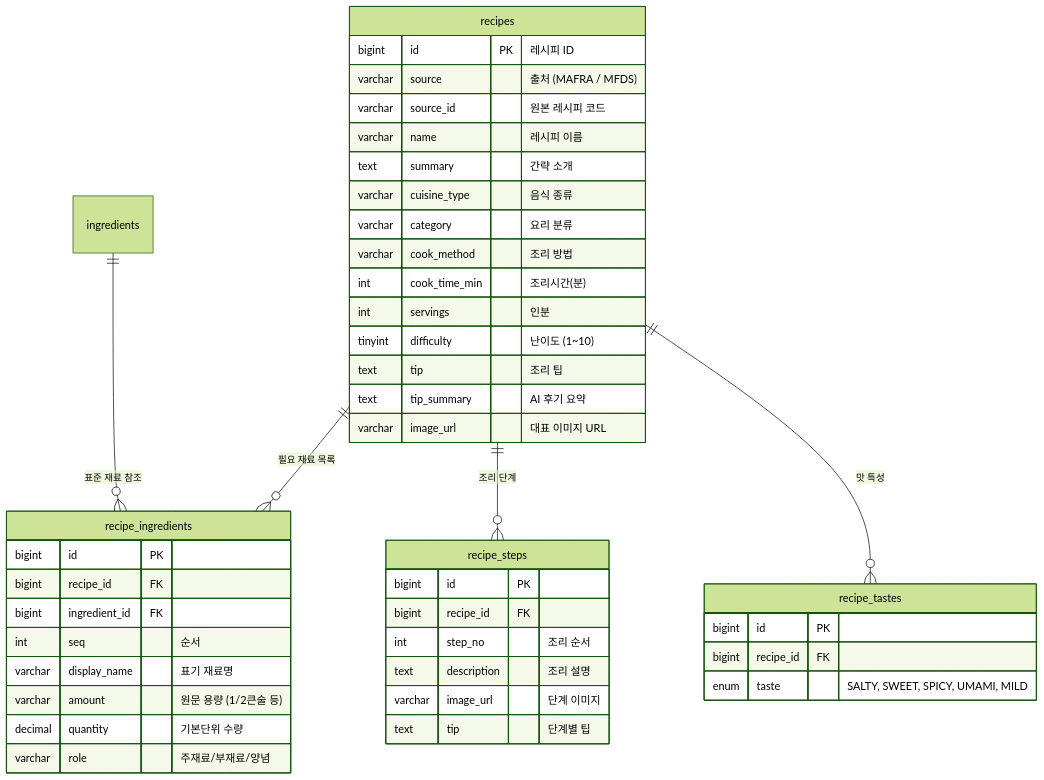
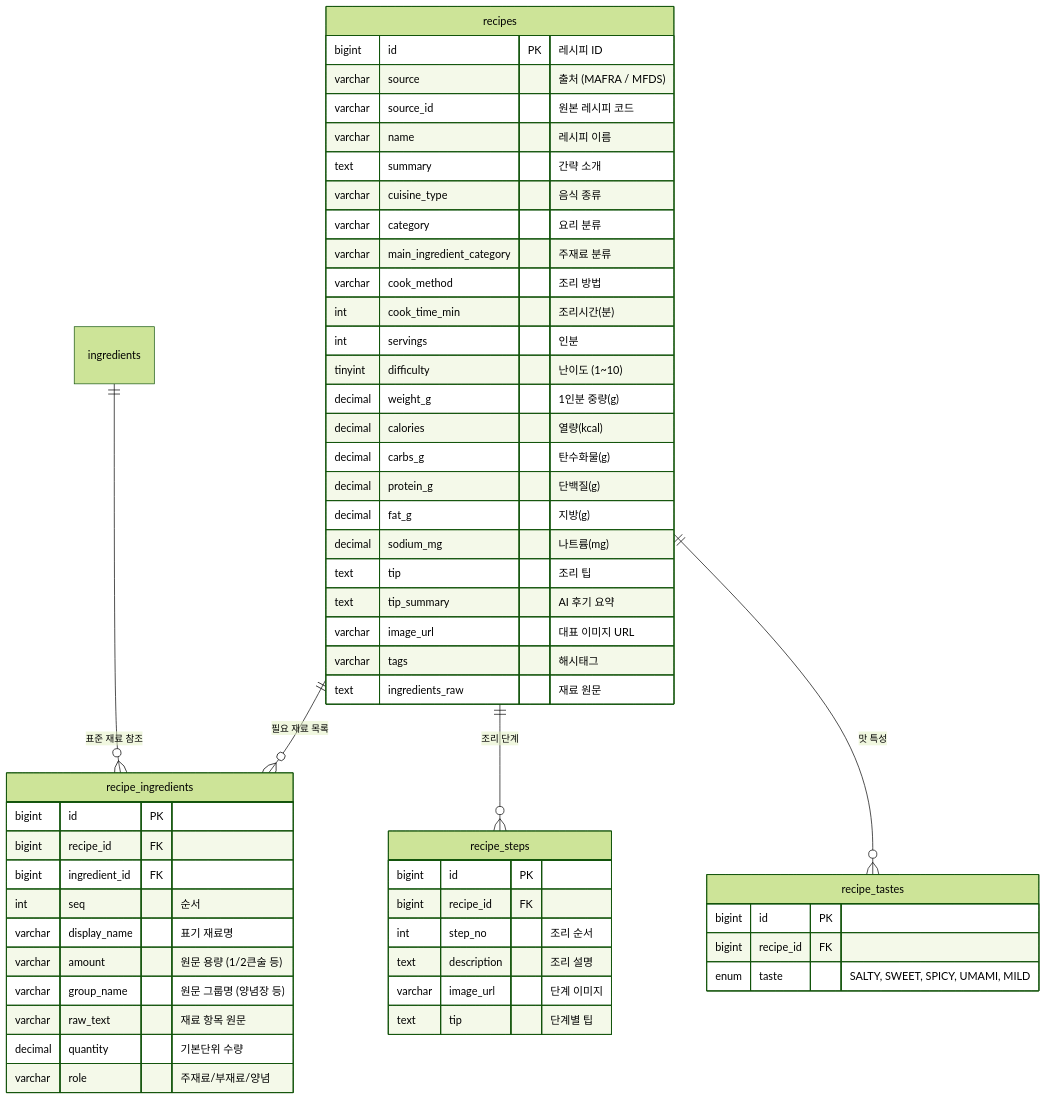
The fourth of 11 diagrams in docs/database/erd.md (sparta-final-4/take-care-of-my-fridge), drawn with Mermaid (forest theme) before and after one commit. The commit also changed other lines of this file and 53 other files, not shown here.

````diff
--- a/docs/database/erd.md
+++ b/docs/database/erd.md
@@ -159,50 +160,61 @@
 ```mermaid
 erDiagram
     recipes ||--o{ recipe_ingredients : "필요 재료 목록"
     recipes ||--o{ recipe_steps : "조리 단계"
     recipes ||--o{ recipe_tastes : "맛 특성"
     ingredients ||--o{ recipe_ingredients : "표준 재료 참조"
 
     recipes {
         bigint id PK "레시피 ID"
         varchar source "출처 (MAFRA / MFDS)"
         varchar source_id "원본 레시피 코드"
         varchar name "레시피 이름"
         text summary "간략 소개"
         varchar cuisine_type "음식 종류"
         varchar category "요리 분류"
+        varchar main_ingredient_category "주재료 분류"
         varchar cook_method "조리 방법"
         int cook_time_min "조리시간(분)"
         int servings "인분"
         tinyint difficulty "난이도 (1~10)"
+        decimal weight_g "1인분 중량(g)"
+        decimal calories "열량(kcal)"
+        decimal carbs_g "탄수화물(g)"
+        decimal protein_g "단백질(g)"
+        decimal fat_g "지방(g)"
+        decimal sodium_mg "나트륨(mg)"
         text tip "조리 팁"
         text tip_summary "AI 후기 요약"
         varchar image_url "대표 이미지 URL"
+        varchar tags "해시태그"
+        text ingredients_raw "재료 원문"
     }
 
     recipe_ingredients {
         bigint id PK
         bigint recipe_id FK
         bigint ingredient_id FK
         int seq "순서"
         varchar display_name "표기 재료명"
         varchar amount "원문 용량 (1/2큰술 등)"
+        varchar group_name "원문 그룹명 (양념장 등)"
+        varchar raw_text "재료 항목 원문"
         decimal quantity "기본단위 수량"
         varchar role "주재료/부재료/양념"
     }
 
     recipe_steps {
         bigint id PK
         bigint recipe_id FK
         int step_no "조리 순서"
         text description "조리 설명"
         varchar image_url "단계 이미지"
         text tip "단계별 팁"
     }
 
     recipe_tastes {
         bigint id PK
         bigint recipe_id FK
         enum taste "SALTY, SWEET, SPICY, UMAMI, MILD"
     }
 ```
````
